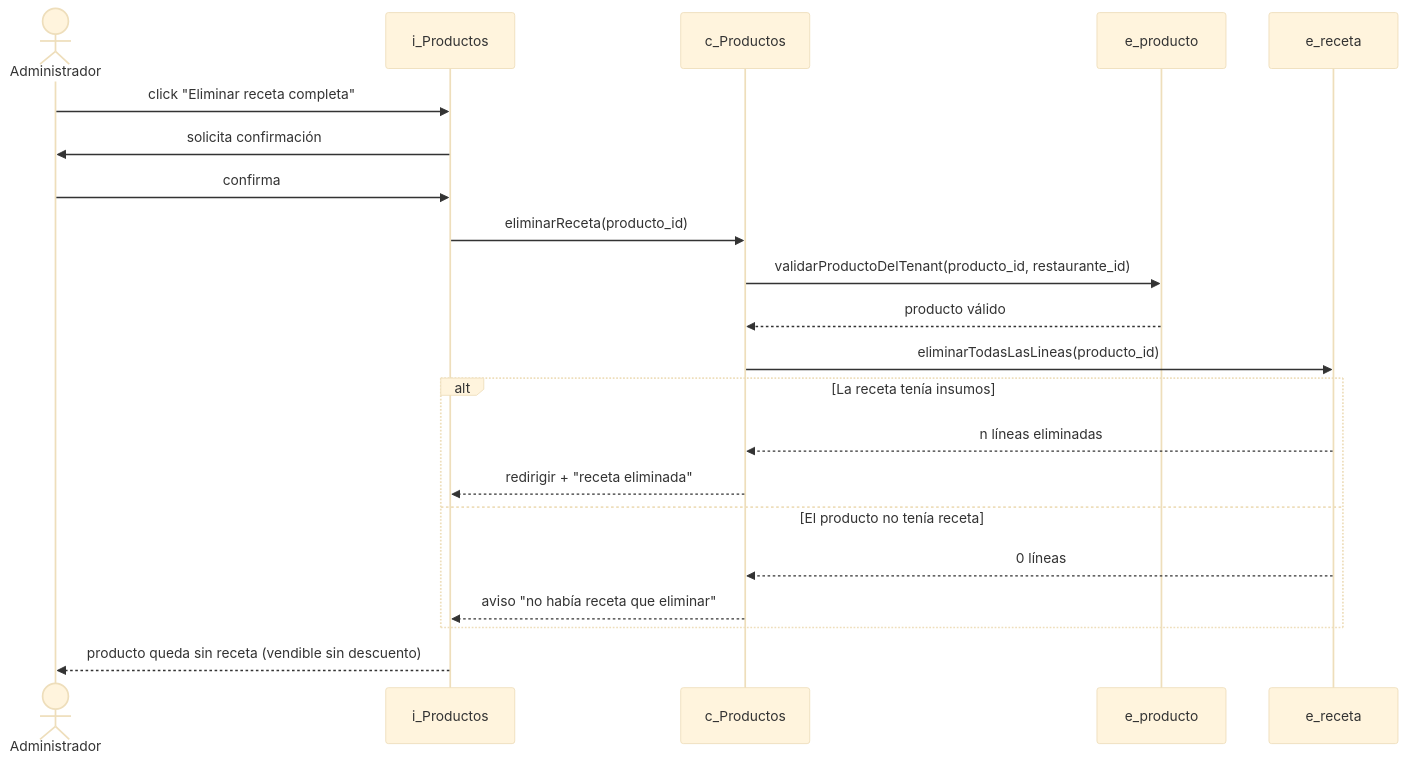
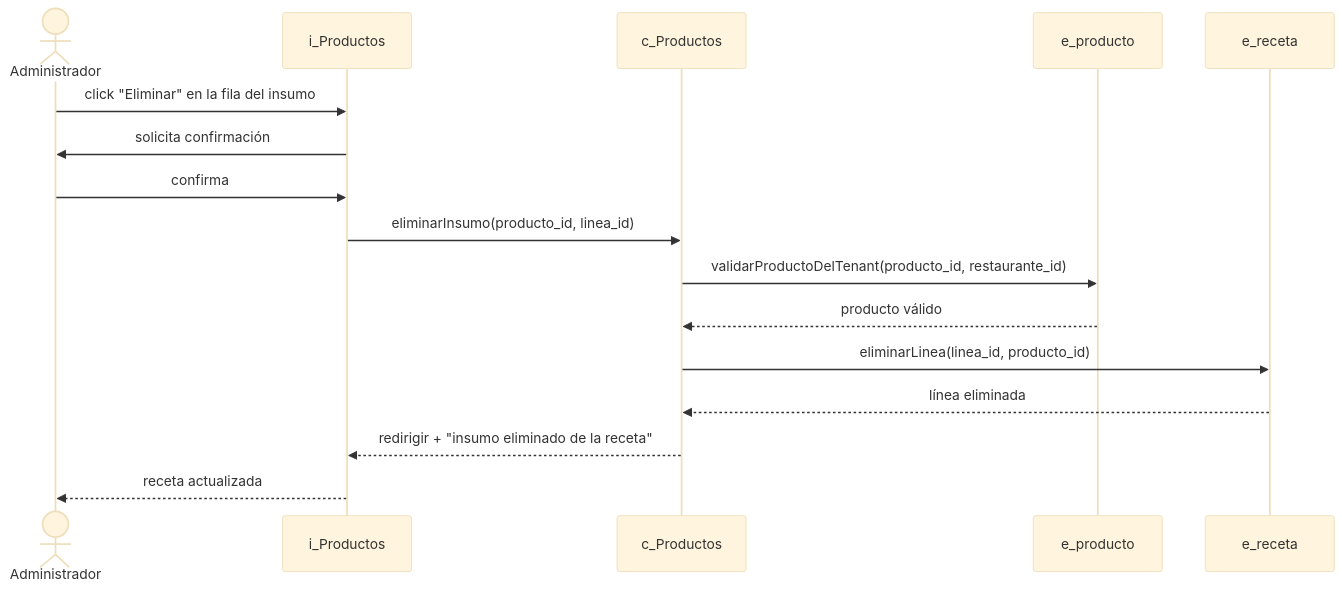
Before and after one commit to Zarcooh/big-royal-saas: the seventh of 8 diagrams in docs/diagramas-secuencia-productos.md, drawn with Mermaid (base theme). The commit also changed other lines of this file, not shown here.

First line of the commit message:
docs: agregar diagramas de secuencia CU-23/24/25 y limpiar el modulo

````diff
--- a/docs/diagramas-secuencia-productos.md
+++ b/docs/diagramas-secuencia-productos.md
@@ -175,24 +200,19 @@
 ```mermaid
 sequenceDiagram
     actor Admin as Administrador
     participant iR as i_Productos
     participant cR as c_Productos
     participant eProd as e_producto
     participant eRec as e_receta
 
-    Admin->>iR: click "Eliminar receta completa"
+    Admin->>iR: click "Eliminar" en la fila del insumo
     iR->>Admin: solicita confirmación
     Admin->>iR: confirma
-    iR->>cR: eliminarReceta(producto_id)
+    iR->>cR: eliminarInsumo(producto_id, linea_id)
     cR->>eProd: validarProductoDelTenant(producto_id, restaurante_id)
     eProd-->>cR: producto válido
-    cR->>eRec: eliminarTodasLasLineas(producto_id)
-    alt La receta tenía insumos
-        eRec-->>cR: n líneas eliminadas
-        cR-->>iR: redirigir + "receta eliminada"
-    else El producto no tenía receta
-        eRec-->>cR: 0 líneas
-        cR-->>iR: aviso "no había receta que eliminar"
-    end
-    iR-->>Admin: producto queda sin receta (vendible sin descuento)
+    cR->>eRec: eliminarLinea(linea_id, producto_id)
+    eRec-->>cR: línea eliminada
+    cR-->>iR: redirigir + "insumo eliminado de la receta"
+    iR-->>Admin: receta actualizada
 ```
````
